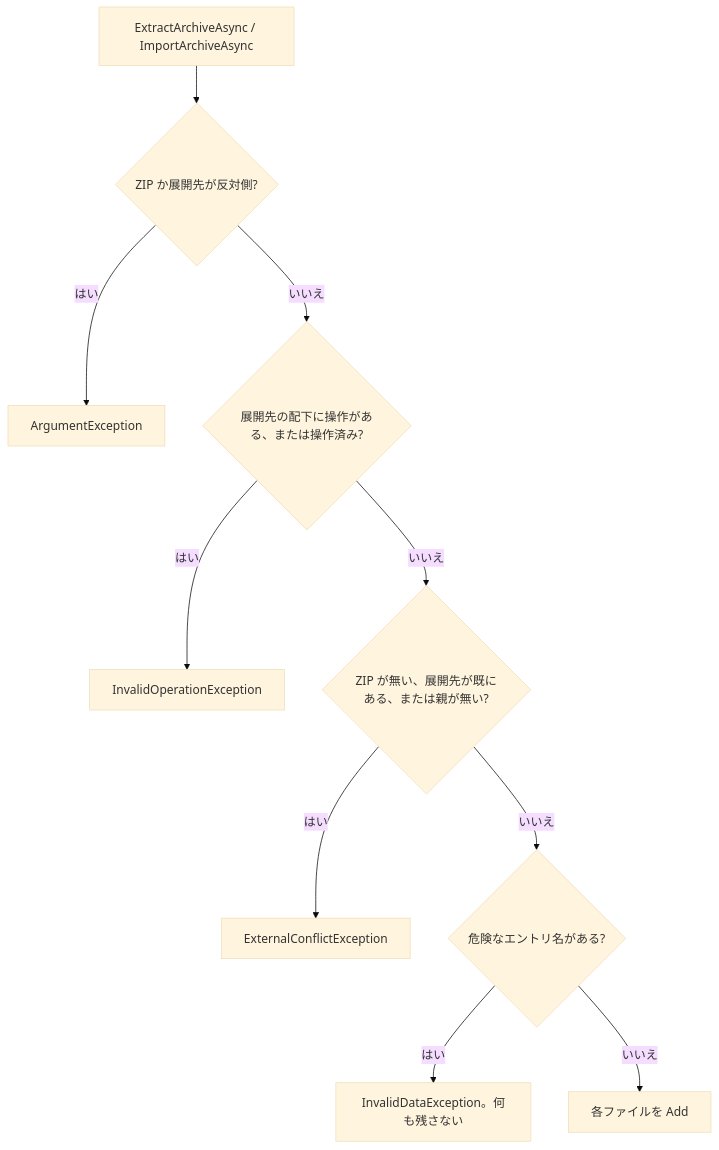
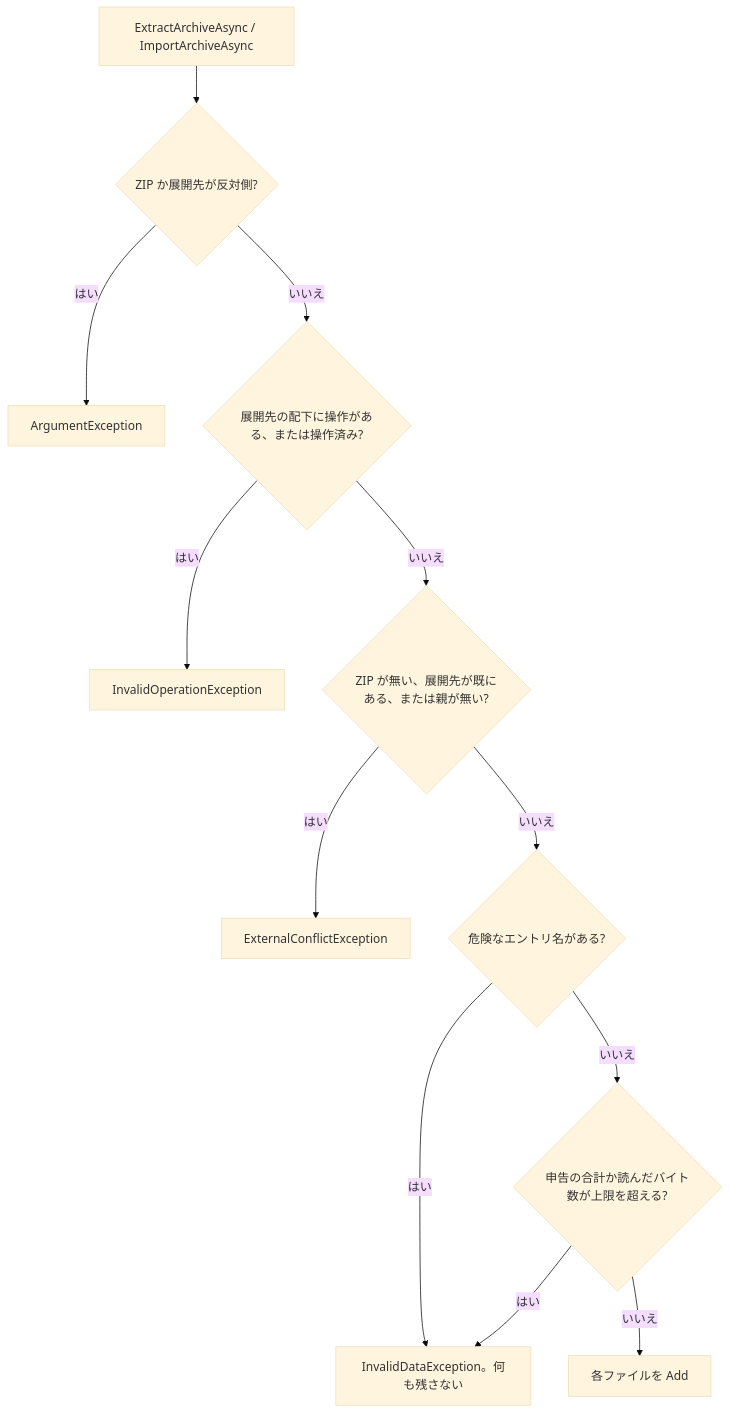
Diagram 14 of 15 in README.md (YUKIKEDA/Txfio), drawn with Mermaid (base theme) before and after one commit. The commit also changed other lines of this file and 5 other files, not shown here.

````diff
--- a/README.md
+++ b/README.md
@@ -465,12 +467,14 @@
 ```mermaid
 flowchart TD
   ext["ExtractArchiveAsync / ImportArchiveAsync"] --> side{"ZIP か展開先が反対側?"}
   side -->|はい| arg["ArgumentException"]
   side -->|いいえ| busy{"展開先の配下に操作がある、または操作済み?"}
   busy -->|はい| inv["InvalidOperationException"]
   busy -->|いいえ| blocked{"ZIP が無い、展開先が既にある、または親が無い?"}
   blocked -->|はい| conflict["ExternalConflictException"]
   blocked -->|いいえ| names{"危険なエントリ名がある?"}
   names -->|はい| data["InvalidDataException。何も残さない"]
-  names -->|いいえ| add["各ファイルを Add"]
+  names -->|いいえ| size{"申告の合計か読んだバイト数が上限を超える?"}
+  size -->|はい| data
+  size -->|いいえ| add["各ファイルを Add"]
 ```
````
